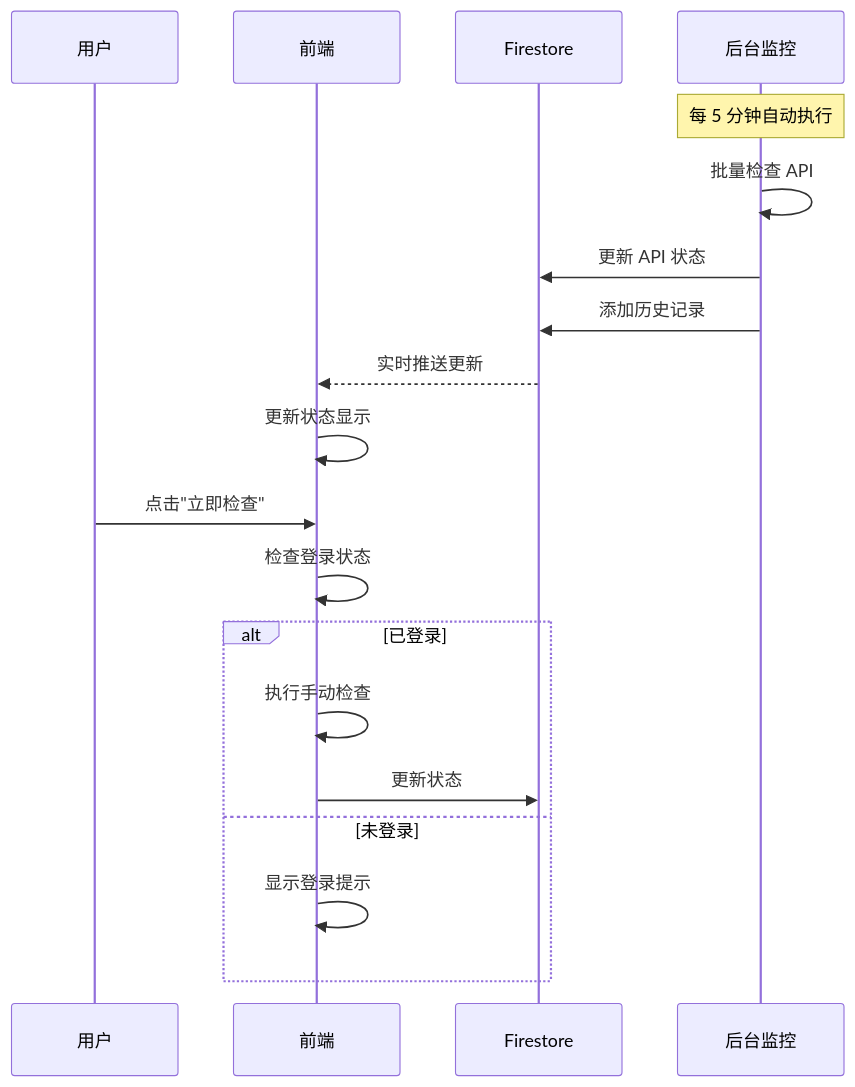
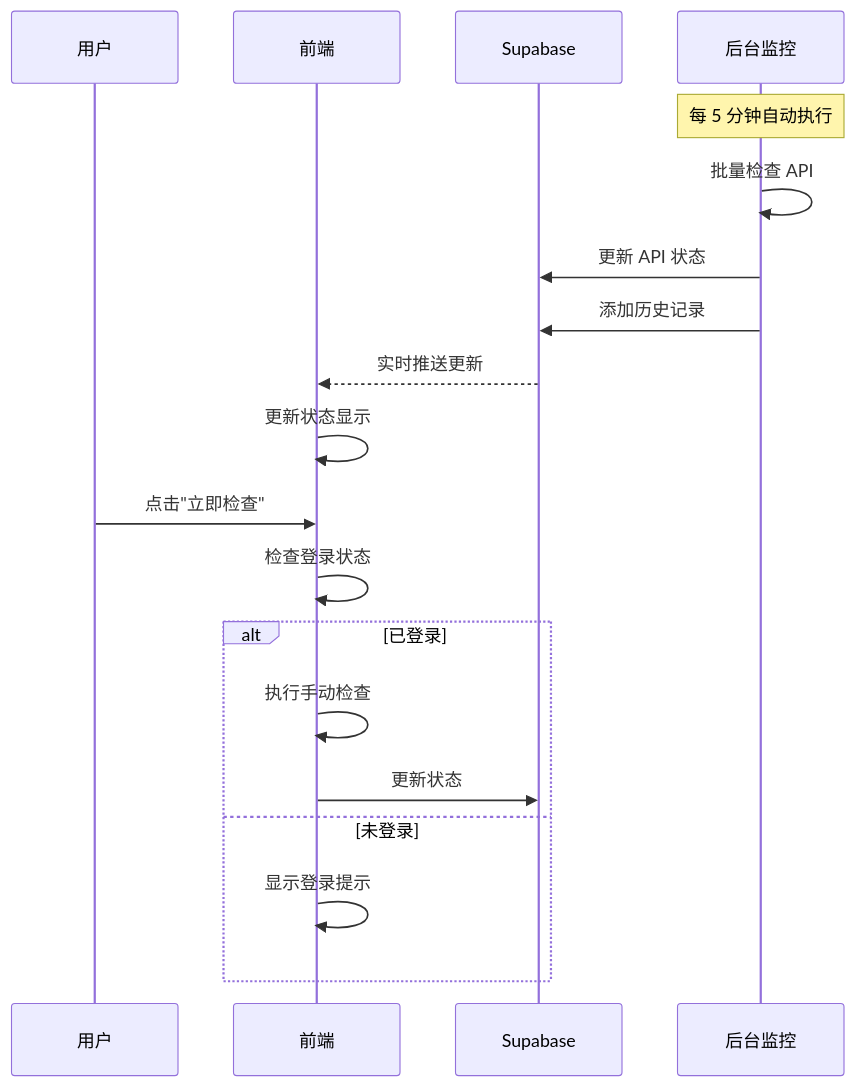
Before and after one commit to AjaCHN/LLM-API-Sentinel: the third of 5 diagrams in openspec/features.md, drawn with Mermaid. The commit also changed other lines of this file and 5 other files, not shown here.

````diff
--- a/openspec/features.md
+++ b/openspec/features.md
@@ -288,25 +288,25 @@
 ```mermaid
 sequenceDiagram
     participant User as 用户
     participant Client as 前端
-    participant Firestore as Firestore
+    participant Supabase as Supabase
     participant Monitor as 后台监控
     
     Note over Monitor: 每 5 分钟自动执行
     Monitor->>Monitor: 批量检查 API
-    Monitor->>Firestore: 更新 API 状态
-    Monitor->>Firestore: 添加历史记录
+    Monitor->>Supabase: 更新 API 状态
+    Monitor->>Supabase: 添加历史记录
     
-    Firestore-->>Client: 实时推送更新
+    Supabase-->>Client: 实时推送更新
     Client->>Client: 更新状态显示
     
     User->>Client: 点击"立即检查"
     Client->>Client: 检查登录状态
     
     alt 已登录
         Client->>Client: 执行手动检查
-        Client->>Firestore: 更新状态
+        Client->>Supabase: 更新状态
     else 未登录
         Client->>Client: 显示登录提示
     end
 ```
````
